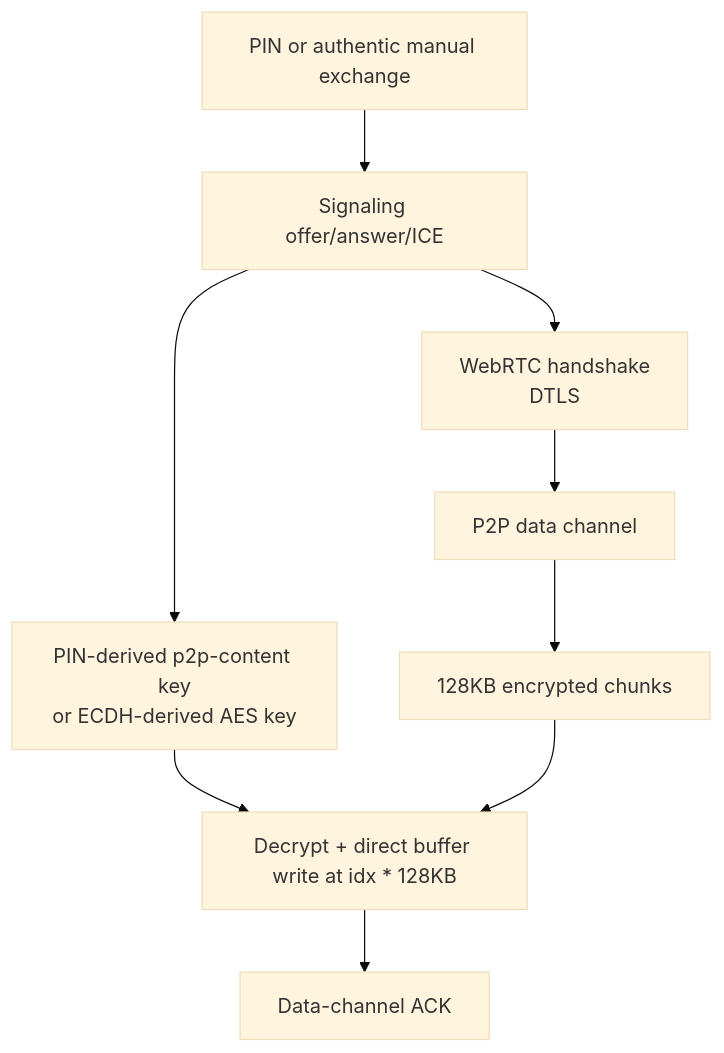
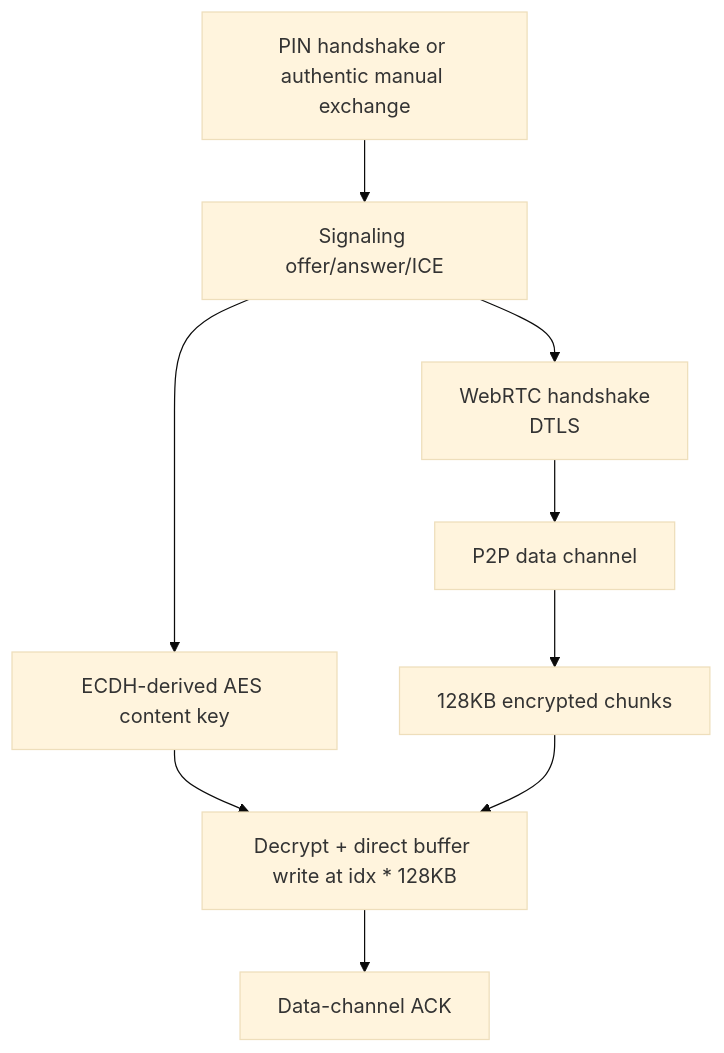
Before and after one commit to andrewtheguy/secure-send-web: the fifth of 5 diagrams in docs/ARCHITECTURE.md, drawn with Mermaid (base theme). The commit also changed other lines of this file and 19 other files, not shown here.

First line of the commit message:
feat: rotating short PIN with ECDH content keys for Nostr mode

````diff
--- a/docs/ARCHITECTURE.md
+++ b/docs/ARCHITECTURE.md
@@ -508,11 +528,11 @@
 ```mermaid
 flowchart TD
-    Secret[PIN or authentic manual exchange] --> Signaling[Signaling offer/answer/ICE]
-    Signaling --> Key[PIN-derived p2p-content key<br/>or ECDH-derived AES key]
+    Secret[PIN handshake or authentic manual exchange] --> Signaling[Signaling offer/answer/ICE]
+    Signaling --> Key[ECDH-derived AES content key]
     Signaling --> DTLS[WebRTC handshake<br/>DTLS]
     DTLS --> Channel[P2P data channel]
     Channel --> Chunks[128KB encrypted chunks]
     Key --> Write[Decrypt + direct buffer write at idx * 128KB]
     Chunks --> Write
     Write --> Ack[Data-channel ACK]
 ```
````
